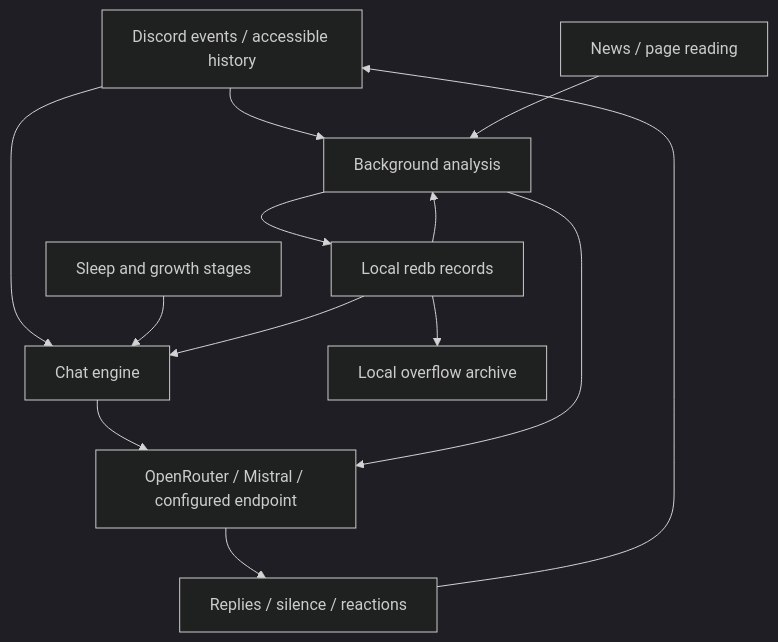
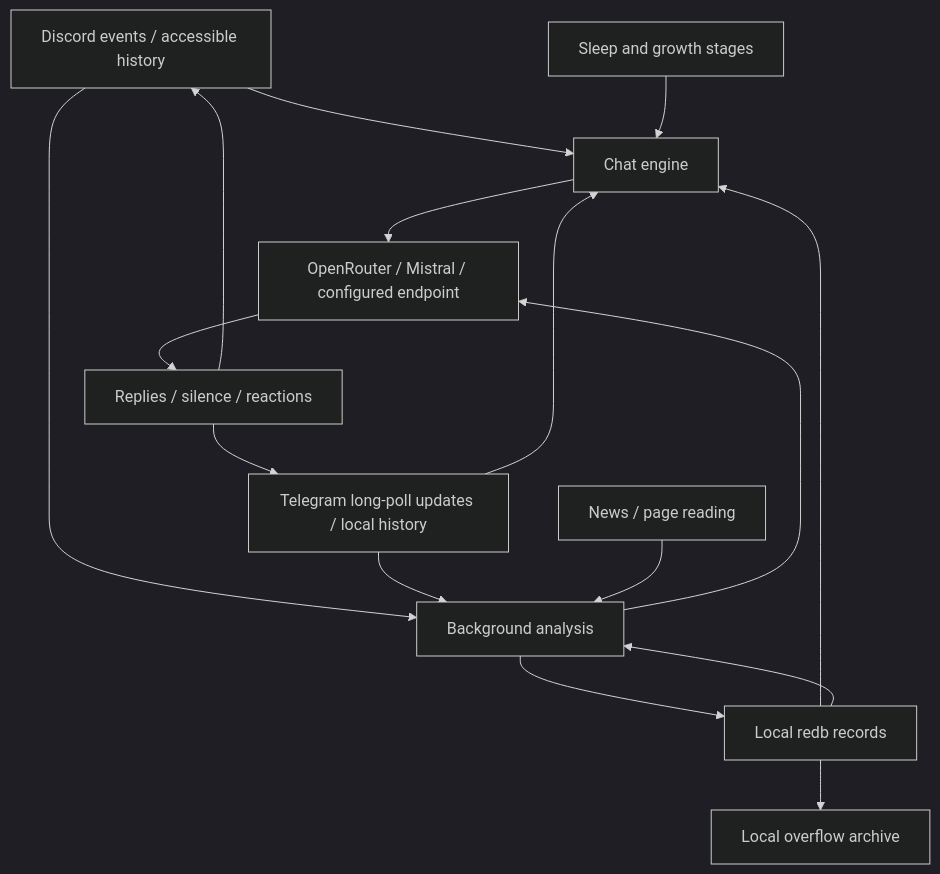
One commit to Hyacinth-Group/nilly changed the diagram in docs/architecture.md. Above: the diagram before and after it, drawn with Mermaid (dark theme). The commit also changed other lines of this file and 23 other files, not shown here.

````diff
--- a/docs/architecture.md
+++ b/docs/architecture.md
@@ -7,15 +7,18 @@
 ```mermaid
 flowchart TD
     Discord[Discord events / accessible history] --> Chat[Chat engine]
+    Telegram[Telegram long-poll updates / local history] --> Chat
     Clock[Sleep and growth stages] --> Chat
     Chat --> Model[OpenRouter / Mistral / configured endpoint]
     Model --> Reply[Replies / silence / reactions]
     Reply --> Discord
+    Reply --> Telegram
     Discord --> Agents[Background analysis]
+    Telegram --> Agents
     Web[News / page reading] --> Agents
     Agents --> Model
     Agents --> Memory[Local redb records]
     Memory --> Chat
     Memory --> Agents
     Memory --> Archive[Local overflow archive]
 ```
````
